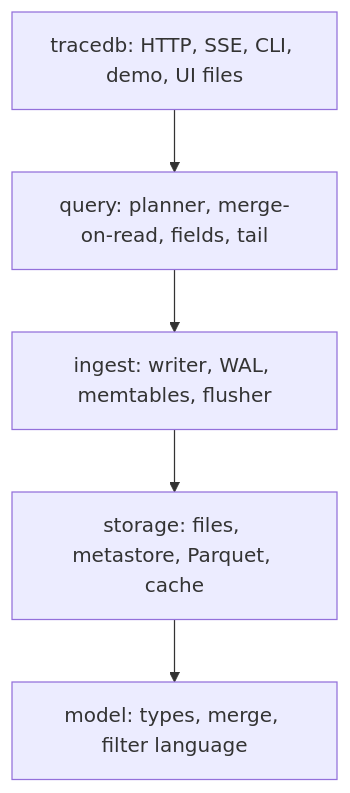
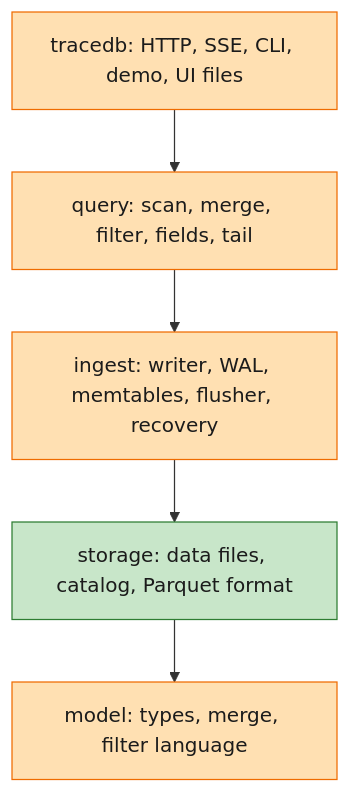
One commit to liukai/smithling changed the sixth of 10 diagrams in specs/002-m2-durable-storage-query-builder/starter-guide.md. Above: the diagram before and after it, drawn with Mermaid. The commit also changed other lines of this file, not shown here.

````diff
--- a/specs/002-m2-durable-storage-query-builder/starter-guide.md
+++ b/specs/002-m2-durable-storage-query-builder/starter-guide.md
@@ -92,9 +136,12 @@
 ```mermaid
 flowchart TB
-    A["tracedb: HTTP, SSE, CLI, demo, UI files"]
-    B["query: planner, merge-on-read, fields, tail"]
-    C["ingest: writer, WAL, memtables, flusher"]
-    D["storage: files, metastore, Parquet, cache"]
-    E["model: types, merge, filter language"]
+    A["tracedb: HTTP, SSE, CLI, demo, UI files"]:::revised
+    B["query: scan, merge, filter, fields, tail"]:::revised
+    C["ingest: writer, WAL, memtables, flusher, recovery"]:::revised
+    D["storage: data files, catalog, Parquet format"]:::new
+    E["model: types, merge, filter language"]:::revised
     A --> B --> C --> D --> E
+    classDef new fill:#c8e6c9,stroke:#2e7d32,color:#1b1b1b
+    classDef revised fill:#ffe0b2,stroke:#ef6c00,color:#1b1b1b
+    classDef old fill:#eeeeee,stroke:#9e9e9e,color:#1b1b1b
 ```
````
